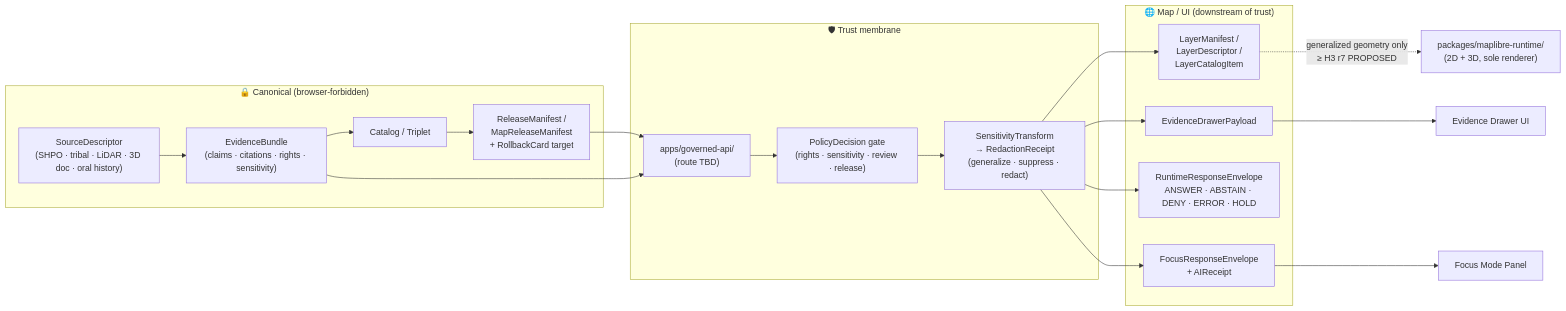
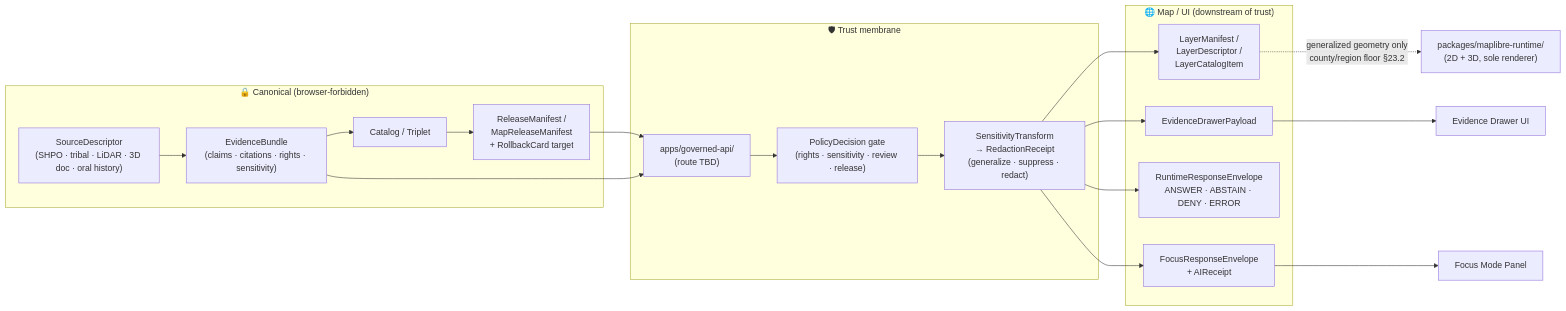
One commit to bartytime4life/Kansas-Frontier-Matrix changed the first of 2 diagrams in docs/domains/archaeology/MAP_UI_CONTRACTS.md. Above: the diagram before and after it, drawn with Mermaid. The commit also changed other lines of this file, not shown here.

````diff
--- a/docs/domains/archaeology/MAP_UI_CONTRACTS.md
+++ b/docs/domains/archaeology/MAP_UI_CONTRACTS.md
@@ -142,34 +144,34 @@
 ```mermaid
 flowchart LR
     subgraph CANON["🔒 Canonical (browser-forbidden)"]
         SRC["SourceDescriptor<br/>(SHPO · tribal · LiDAR · 3D doc · oral history)"]
         EVB["EvidenceBundle<br/>(claims · citations · rights · sensitivity)"]
         REL["ReleaseManifest /<br/>MapReleaseManifest<br/>+ RollbackCard target"]
         CAT["Catalog / Triplet"]
         SRC --> EVB --> CAT --> REL
     end
 
     subgraph MEMBRANE["🛡 Trust membrane"]
         API["apps/governed-api/<br/>(route TBD)"]
         POL["PolicyDecision gate<br/>(rights · sensitivity · review · release)"]
         TR["SensitivityTransform<br/>→ RedactionReceipt<br/>(generalize · suppress · redact)"]
         REL --> API
         EVB --> API
         API --> POL --> TR
     end
 
     subgraph CLIENT["🌐 Map / UI (downstream of trust)"]
         LM["LayerManifest /<br/>LayerDescriptor /<br/>LayerCatalogItem"]
         ED["EvidenceDrawerPayload"]
-        DE["RuntimeResponseEnvelope<br/>ANSWER · ABSTAIN · DENY · ERROR · HOLD"]
+        DE["RuntimeResponseEnvelope<br/>ANSWER · ABSTAIN · DENY · ERROR"]
         FM["FocusResponseEnvelope<br/>+ AIReceipt"]
         TR --> LM
         TR --> ED
         TR --> DE
         TR --> FM
     end
 
-    LM -.->|generalized geometry only<br/>≥ H3 r7 PROPOSED| MAP["packages/maplibre-runtime/<br/>(2D + 3D, sole renderer)"]
+    LM -.->|generalized geometry only<br/>county/region floor §23.2| MAP["packages/maplibre-runtime/<br/>(2D + 3D, sole renderer)"]
     ED --> DRAWER["Evidence Drawer UI"]
     FM --> PANEL["Focus Mode Panel"]
 ```
````
